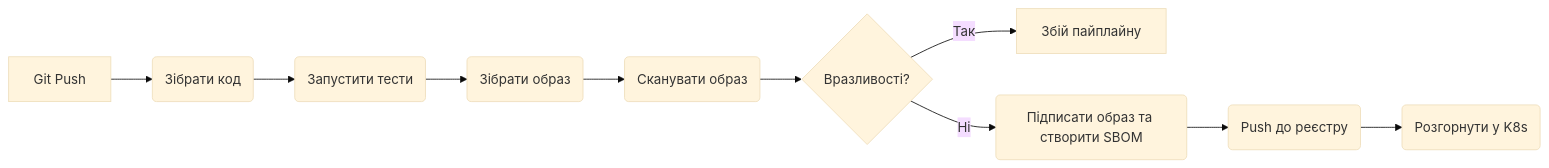
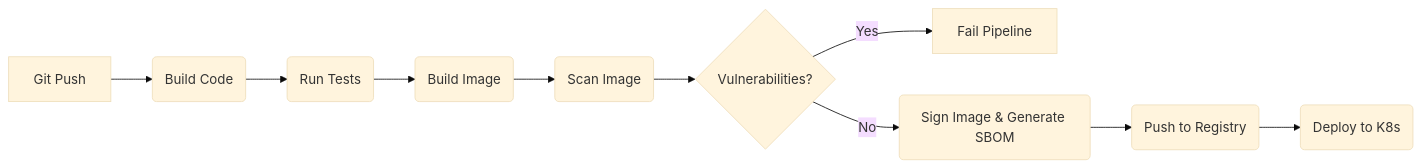
Before and after one commit to kube-dojo/kube-dojo: the second of 2 diagrams in src/content/docs/uk/prerequisites/modern-devops/module-1.3-cicd-pipelines.md, drawn with Mermaid (base theme). The commit also changed other lines of this file and 5 other files, not shown here.

````diff
--- a/src/content/docs/uk/prerequisites/modern-devops/module-1.3-cicd-pipelines.md
+++ b/src/content/docs/uk/prerequisites/modern-devops/module-1.3-cicd-pipelines.md
@@ -171,12 +136,12 @@
 ```mermaid
 graph LR
-    A[Git Push] --> B(Зібрати код)
-    B --> C(Запустити тести)
-    C --> D(Зібрати образ)
-    D --> E(Сканувати образ)
-    E --> F{Вразливості?}
-    F -- Так --> G[Збій пайплайну]
-    F -- Ні --> H(Підписати образ та створити SBOM)
-    H --> I(Push до реєстру)
-    I --> J(Розгорнути у K8s)
+    A[Git Push] --> B(Build Code)
+    B --> C(Run Tests)
+    C --> D(Build Image)
+    D --> E(Scan Image)
+    E --> F{Vulnerabilities?}
+    F -- Yes --> G[Fail Pipeline]
+    F -- No --> H(Sign Image & Generate SBOM)
+    H --> I(Push to Registry)
+    I --> J(Deploy to K8s)
 ```
````
